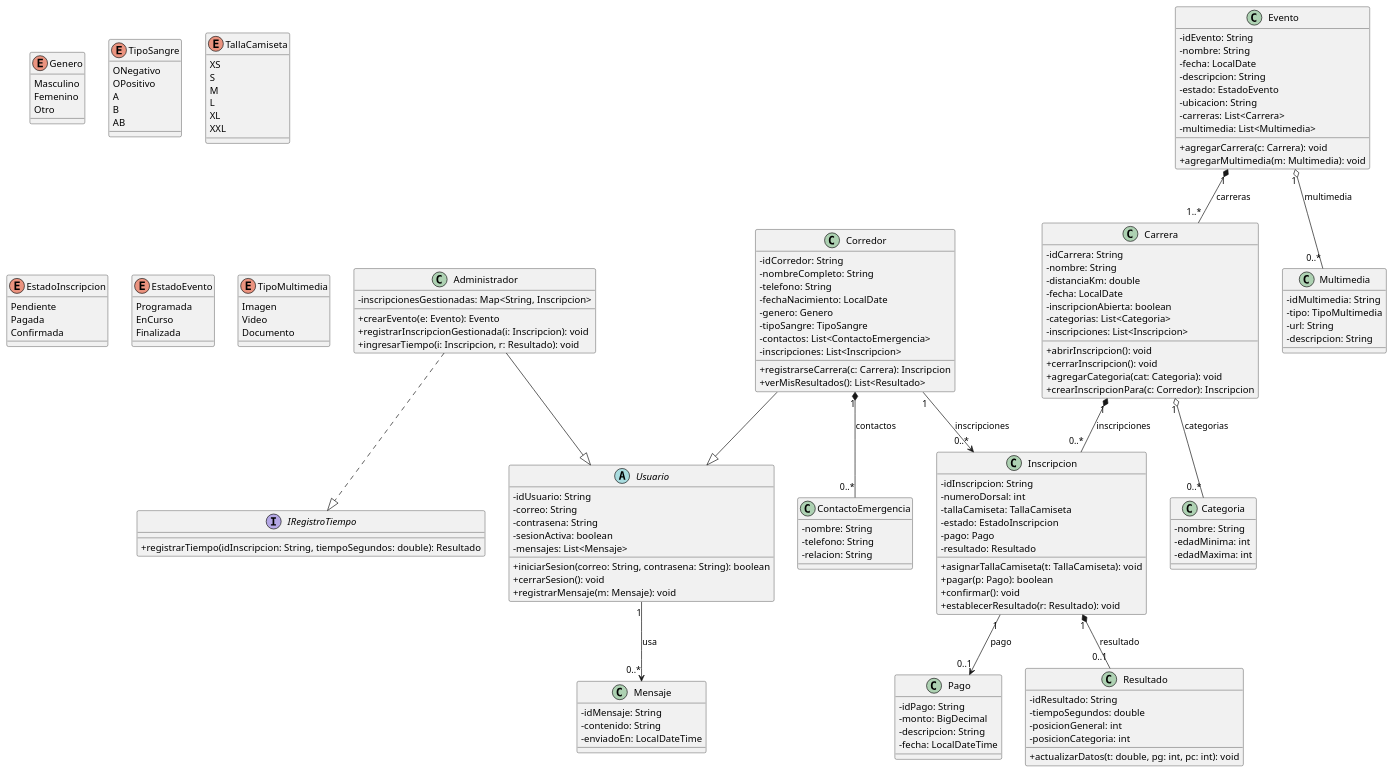
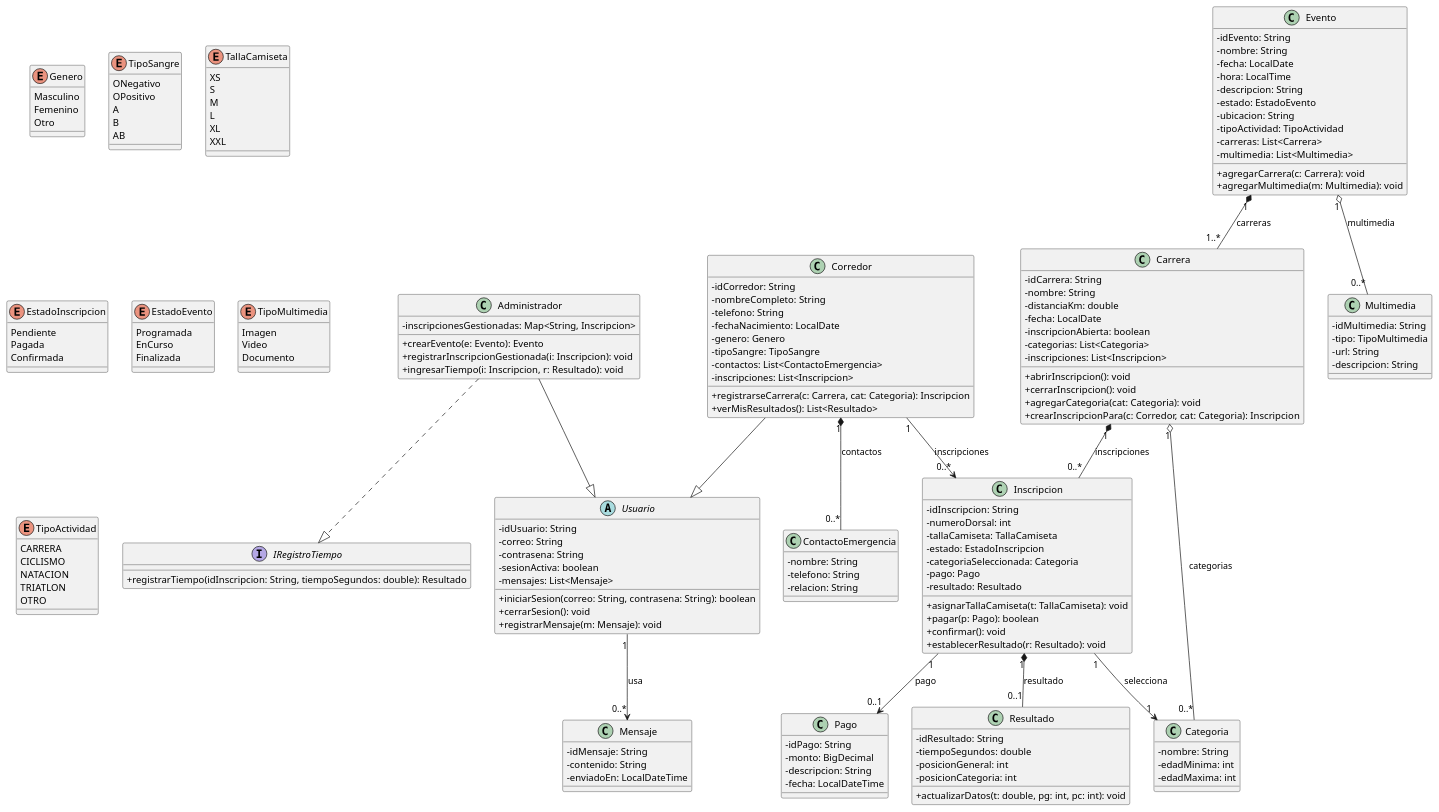
Before and after one commit to JasonM910/Proyecto-POO: the diagram in docs/classDiagram.puml, drawn with PlantUML. The commit also changed 8 other files, not shown here.

```diff
--- a/docs/classDiagram.puml
+++ b/docs/classDiagram.puml
@@ -1,175 +1,186 @@
 @startuml
 skinparam classAttributeIconSize 0
 
-' Enumeraciones
 enum Genero {
   Masculino
   Femenino
   Otro
 }
 
 enum TipoSangre {
   ONegativo
   OPositivo
   A
   B
   AB
 }
 
 enum TallaCamiseta {
   XS
   S
   M
   L
   XL
   XXL
 }
 
 enum EstadoInscripcion {
   Pendiente
   Pagada
   Confirmada
 }
 
 enum EstadoEvento {
   Programada
   EnCurso
   Finalizada
 }
 
 enum TipoMultimedia {
   Imagen
   Video
   Documento
 }
 
+enum TipoActividad {
+  CARRERA
+  CICLISMO
+  NATACION
+  TRIATLON
+  OTRO
+}
+
 interface IRegistroTiempo {
   +registrarTiempo(idInscripcion: String, tiempoSegundos: double): Resultado
 }
 
 abstract class Usuario {
   - idUsuario: String
   - correo: String
   - contrasena: String
   - sesionActiva: boolean
   - mensajes: List<Mensaje>
   +iniciarSesion(correo: String, contrasena: String): boolean
   +cerrarSesion(): void
   +registrarMensaje(m: Mensaje): void
 }
 
 class Administrador {
   - inscripcionesGestionadas: Map<String, Inscripcion>
   +crearEvento(e: Evento): Evento
   +registrarInscripcionGestionada(i: Inscripcion): void
   +ingresarTiempo(i: Inscripcion, r: Resultado): void
 }
 
 class Corredor {
   - idCorredor: String
   - nombreCompleto: String
   - telefono: String
   - fechaNacimiento: LocalDate
   - genero: Genero
   - tipoSangre: TipoSangre
   - contactos: List<ContactoEmergencia>
   - inscripciones: List<Inscripcion>
-  +registrarseCarrera(c: Carrera): Inscripcion
+  +registrarseCarrera(c: Carrera, cat: Categoria): Inscripcion
   +verMisResultados(): List<Resultado>
 }
 
 class ContactoEmergencia {
   - nombre: String
   - telefono: String
   - relacion: String
 }
 
 class Mensaje {
   - idMensaje: String
   - contenido: String
   - enviadoEn: LocalDateTime
 }
 
 class Evento {
   - idEvento: String
   - nombre: String
   - fecha: LocalDate
+  - hora: LocalTime
   - descripcion: String
   - estado: EstadoEvento
   - ubicacion: String
+  - tipoActividad: TipoActividad
   - carreras: List<Carrera>
   - multimedia: List<Multimedia>
   +agregarCarrera(c: Carrera): void
   +agregarMultimedia(m: Multimedia): void
 }
 
 class Carrera {
   - idCarrera: String
   - nombre: String
   - distanciaKm: double
   - fecha: LocalDate
   - inscripcionAbierta: boolean
   - categorias: List<Categoria>
   - inscripciones: List<Inscripcion>
   +abrirInscripcion(): void
   +cerrarInscripcion(): void
   +agregarCategoria(cat: Categoria): void
-  +crearInscripcionPara(c: Corredor): Inscripcion
+  +crearInscripcionPara(c: Corredor, cat: Categoria): Inscripcion
 }
 
 class Categoria {
   - nombre: String
   - edadMinima: int
   - edadMaxima: int
 }
 
 class Multimedia {
   - idMultimedia: String
   - tipo: TipoMultimedia
   - url: String
   - descripcion: String
 }
 
 class Inscripcion {
   - idInscripcion: String
   - numeroDorsal: int
   - tallaCamiseta: TallaCamiseta
   - estado: EstadoInscripcion
+  - categoriaSeleccionada: Categoria
   - pago: Pago
   - resultado: Resultado
   +asignarTallaCamiseta(t: TallaCamiseta): void
   +pagar(p: Pago): boolean
   +confirmar(): void
   +establecerResultado(r: Resultado): void
 }
 
 class Pago {
   - idPago: String
   - monto: BigDecimal
   - descripcion: String
   - fecha: LocalDateTime
 }
 
 class Resultado {
   - idResultado: String
   - tiempoSegundos: double
   - posicionGeneral: int
   - posicionCategoria: int
   +actualizarDatos(t: double, pg: int, pc: int): void
 }
 
 Administrador --|> Usuario
 Corredor --|> Usuario
 Administrador ..|> IRegistroTiempo
 
 Usuario "1" --> "0..*" Mensaje : usa
 Corredor "1" *-- "0..*" ContactoEmergencia : contactos
 Corredor "1" --> "0..*" Inscripcion : inscripciones
 Carrera "1" *-- "0..*" Inscripcion : inscripciones
 Carrera "1" o-- "0..*" Categoria : categorias
 Evento "1" *-- "1..*" Carrera : carreras
 Evento "1" o-- "0..*" Multimedia : multimedia
 Inscripcion "1" --> "0..1" Pago : pago
 Inscripcion "1" *-- "0..1" Resultado : resultado
+Inscripcion "1" --> "1" Categoria : selecciona
 
 @enduml
```
